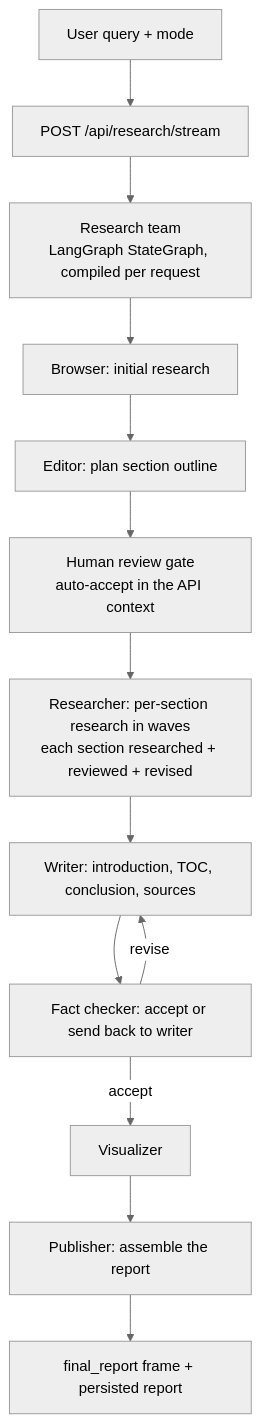
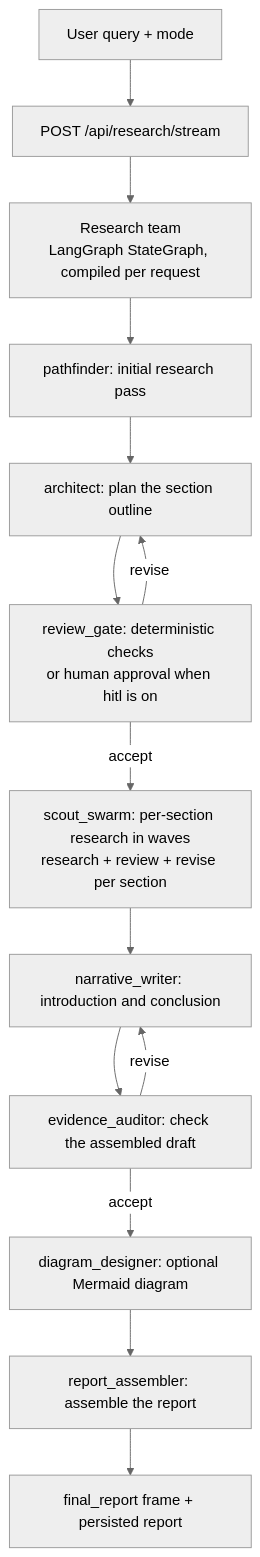
The diagram in ARCHITECTURE.md (AdnanZamanNiloy/deepscout), drawn with Mermaid (neutral theme) before and after one commit. The commit also changed other lines of this file and 10 other files, not shown here.

First line of the commit message:
[v3-docs] align README, ARCHITECTURE, SETUP and the docs site with the code

````diff
--- a/ARCHITECTURE.md
+++ b/ARCHITECTURE.md
@@ -10,15 +10,16 @@
 ```mermaid
 flowchart TD
     Q[User query + mode] --> RT[POST /api/research/stream]
     RT --> TEAM[Research team<br/>LangGraph StateGraph, compiled per request]
-    TEAM --> BR[Browser: initial research]
-    BR --> ED[Editor: plan section outline]
-    ED --> HU[Human review gate<br/>auto-accept in the API context]
-    HU --> RS[Researcher: per-section research in waves<br/>each section researched + reviewed + revised]
-    RS --> WR[Writer: introduction, TOC, conclusion, sources]
-    WR --> FC[Fact checker: accept or send back to writer]
-    FC -->|revise| WR
-    FC -->|accept| VZ[Visualizer]
-    VZ --> PB[Publisher: assemble the report]
-    PB --> OUT[final_report frame + persisted report]
+    TEAM --> PF[pathfinder: initial research pass]
+    PF --> AR[architect: plan the section outline]
+    AR --> RG[review_gate: deterministic checks<br/>or human approval when hitl is on]
+    RG -->|revise| AR
+    RG -->|accept| SS[scout_swarm: per-section research in waves<br/>research + review + revise per section]
+    SS --> NW[narrative_writer: introduction and conclusion]
+    NW --> EA[evidence_auditor: check the assembled draft]
+    EA -->|revise| NW
+    EA -->|accept| DD[diagram_designer: optional Mermaid diagram]
+    DD --> RA[report_assembler: assemble the report]
+    RA --> OUT[final_report frame + persisted report]
 ```
````
